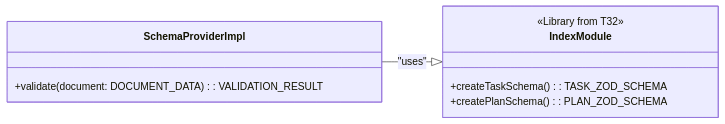
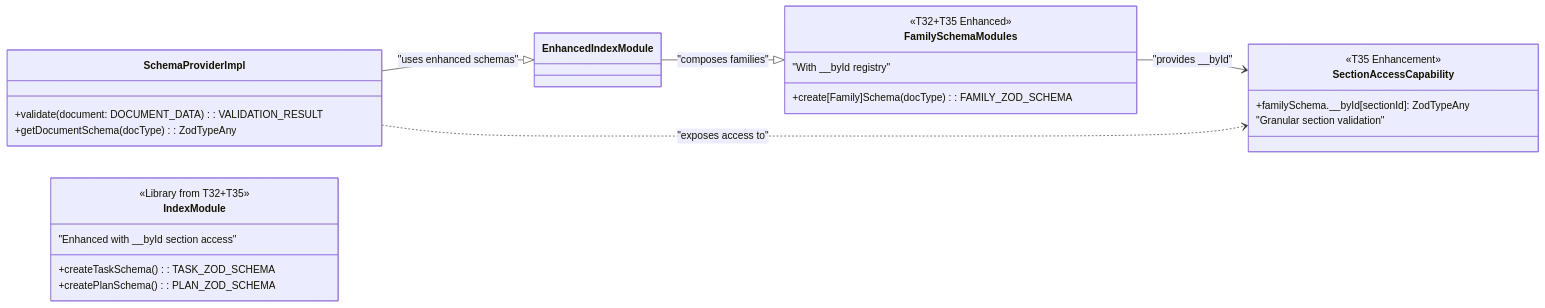
One commit to livelifelively/documentation-driven-development-tools changed the second of 4 diagrams in docs/requirements/p1-p6.t34-schema-provider.task.md. Above: the diagram before and after it, drawn with Mermaid. The commit also changed other lines of this file and 5 other files, not shown here.

````diff
--- a/docs/requirements/p1-p6.t34-schema-provider.task.md
+++ b/docs/requirements/p1-p6.t34-schema-provider.task.md
@@ -109,16 +130,33 @@
 ```mermaid
 classDiagram
     direction LR
 
     class SchemaProviderImpl {
         +validate(document: DOCUMENT_DATA): VALIDATION_RESULT
+        +getDocumentSchema(docType): ZodTypeAny
     }
 
     class IndexModule {
-        <<Library from T32>>
+        <<Library from T32+T35>>
         +createTaskSchema(): TASK_ZOD_SCHEMA
         +createPlanSchema(): PLAN_ZOD_SCHEMA
+        "Enhanced with __byId section access"
     }
 
-    SchemaProviderImpl --|> IndexModule : "uses"
+    class SectionAccessCapability {
+        <<T35 Enhancement>>
+        +familySchema.__byId[sectionId]: ZodTypeAny
+        "Granular section validation"
+    }
+
+    class FamilySchemaModules {
+        <<T32+T35 Enhanced>>
+        +create[Family]Schema(docType): FAMILY_ZOD_SCHEMA
+        "With __byId registry"
+    }
+
+    SchemaProviderImpl --|> EnhancedIndexModule : "uses enhanced schemas"
+    EnhancedIndexModule --|> FamilySchemaModules : "composes families"
+    FamilySchemaModules --> SectionAccessCapability : "provides __byId"
+    SchemaProviderImpl ..> SectionAccessCapability : "exposes access to"
 ```
````
